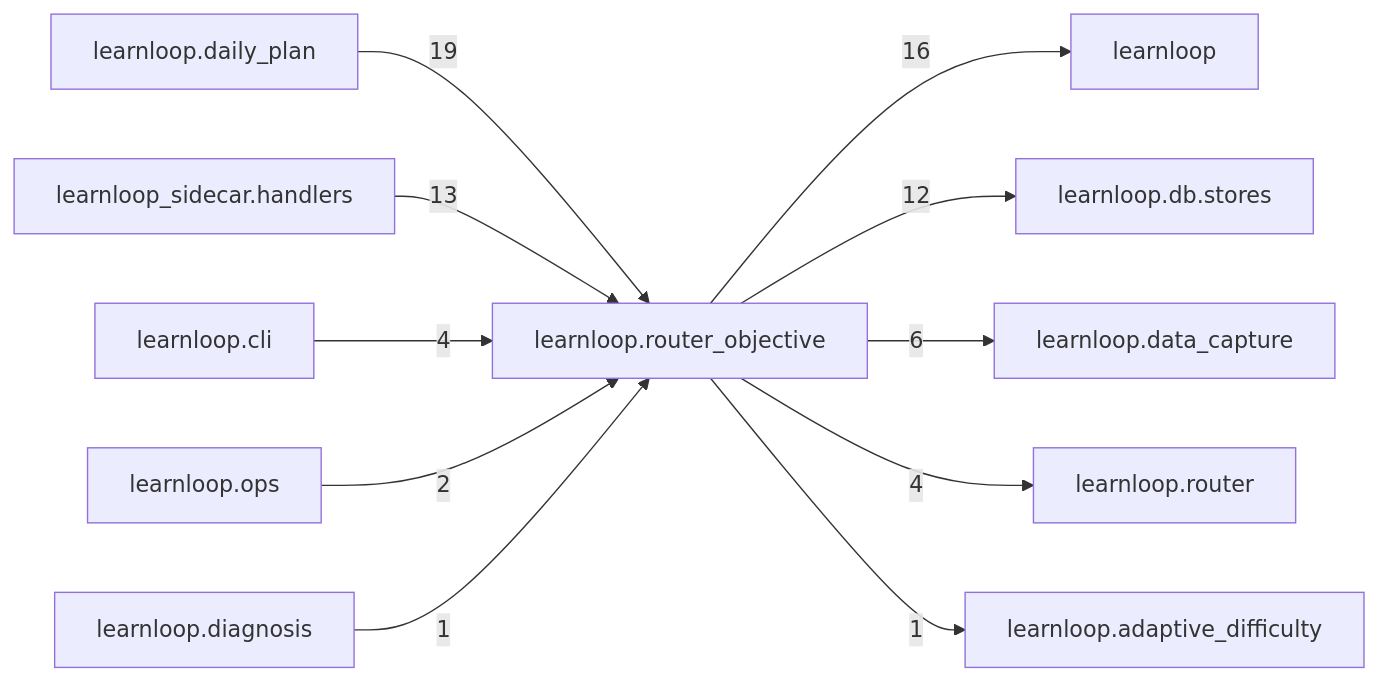
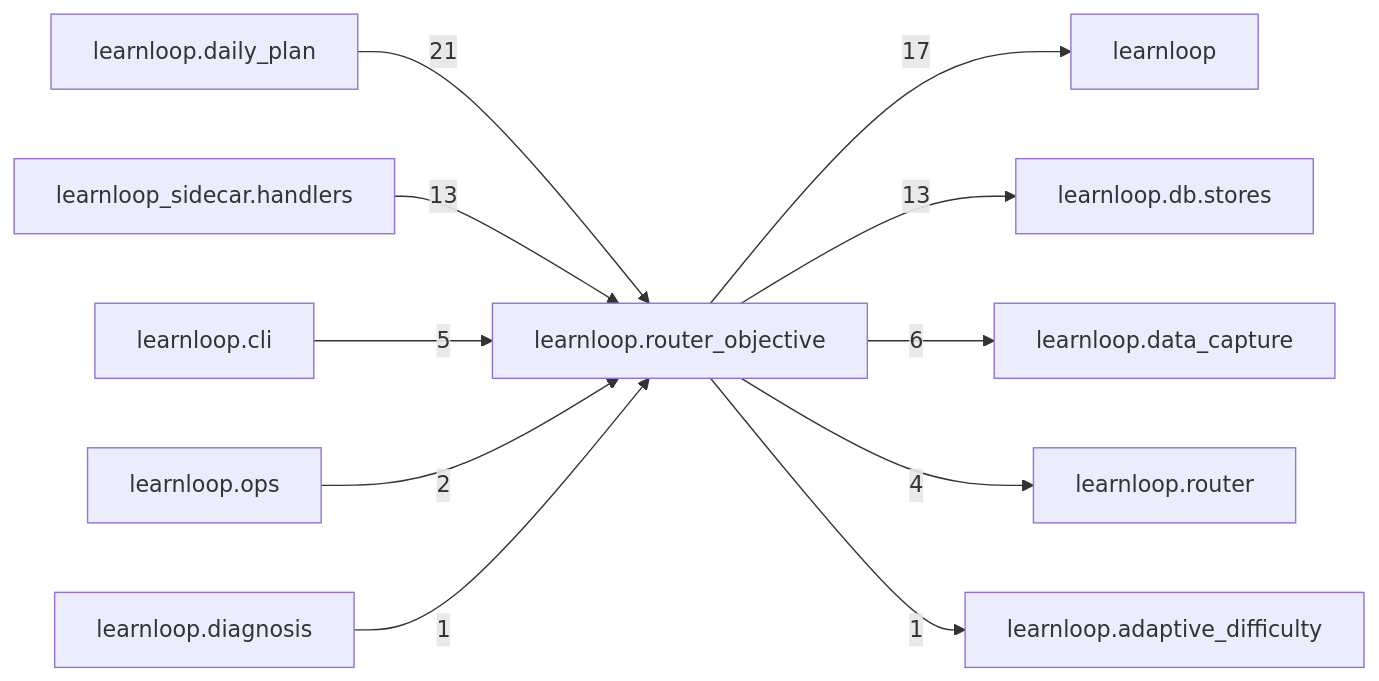
The diagram in docs/learnloop-architecture-vault/Reference/Modules/learnloop/router_objective/_package.md (6up-b/learnanything), drawn with Mermaid before and after one commit. The commit also changed other lines of this file and 78 other files, not shown here.

````diff
--- a/docs/learnloop-architecture-vault/Reference/Modules/learnloop/router_objective/_package.md
+++ b/docs/learnloop-architecture-vault/Reference/Modules/learnloop/router_objective/_package.md
@@ -127,24 +135,24 @@
 ```mermaid
 flowchart LR
     center["learnloop.router_objective"]
     n_learnloop_daily_plan["learnloop.daily_plan"]
     n_learnloop["learnloop"]
+    n_learnloop_db_stores["learnloop.db.stores"]
     n_learnloop_sidecar_handlers["learnloop_sidecar.handlers"]
-    n_learnloop_db_stores["learnloop.db.stores"]
     n_learnloop_data_capture["learnloop.data_capture"]
     n_learnloop_cli["learnloop.cli"]
     n_learnloop_router["learnloop.router"]
     n_learnloop_ops["learnloop.ops"]
     n_learnloop_adaptive_difficulty["learnloop.adaptive_difficulty"]
     n_learnloop_diagnosis["learnloop.diagnosis"]
-    n_learnloop_daily_plan -->|19| center
-    center -->|16| n_learnloop
+    n_learnloop_daily_plan -->|21| center
+    center -->|17| n_learnloop
+    center -->|13| n_learnloop_db_stores
     n_learnloop_sidecar_handlers -->|13| center
-    center -->|12| n_learnloop_db_stores
     center -->|6| n_learnloop_data_capture
-    n_learnloop_cli -->|4| center
+    n_learnloop_cli -->|5| center
     center -->|4| n_learnloop_router
     n_learnloop_ops -->|2| center
     center -->|1| n_learnloop_adaptive_difficulty
     n_learnloop_diagnosis -->|1| center
 ```
````
